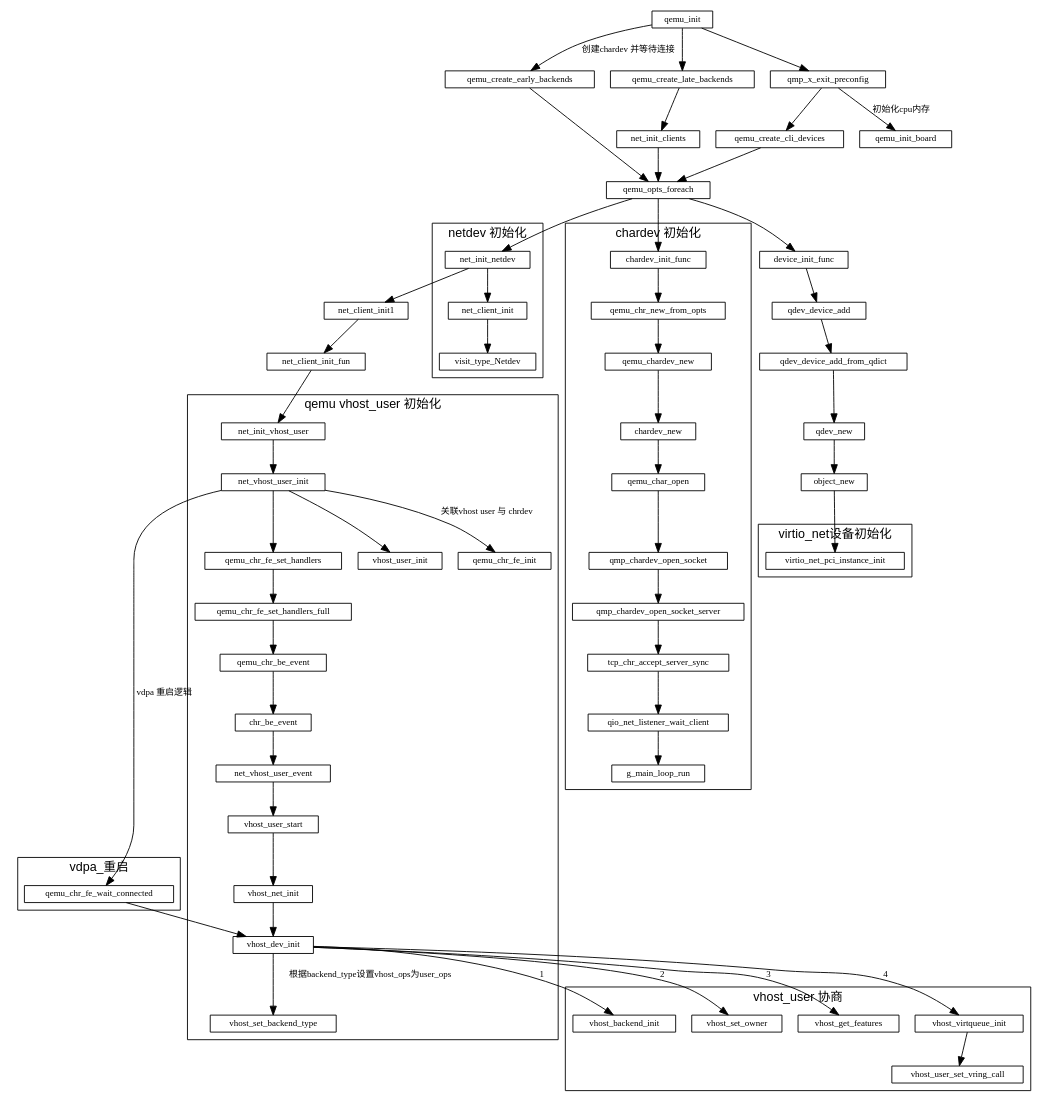
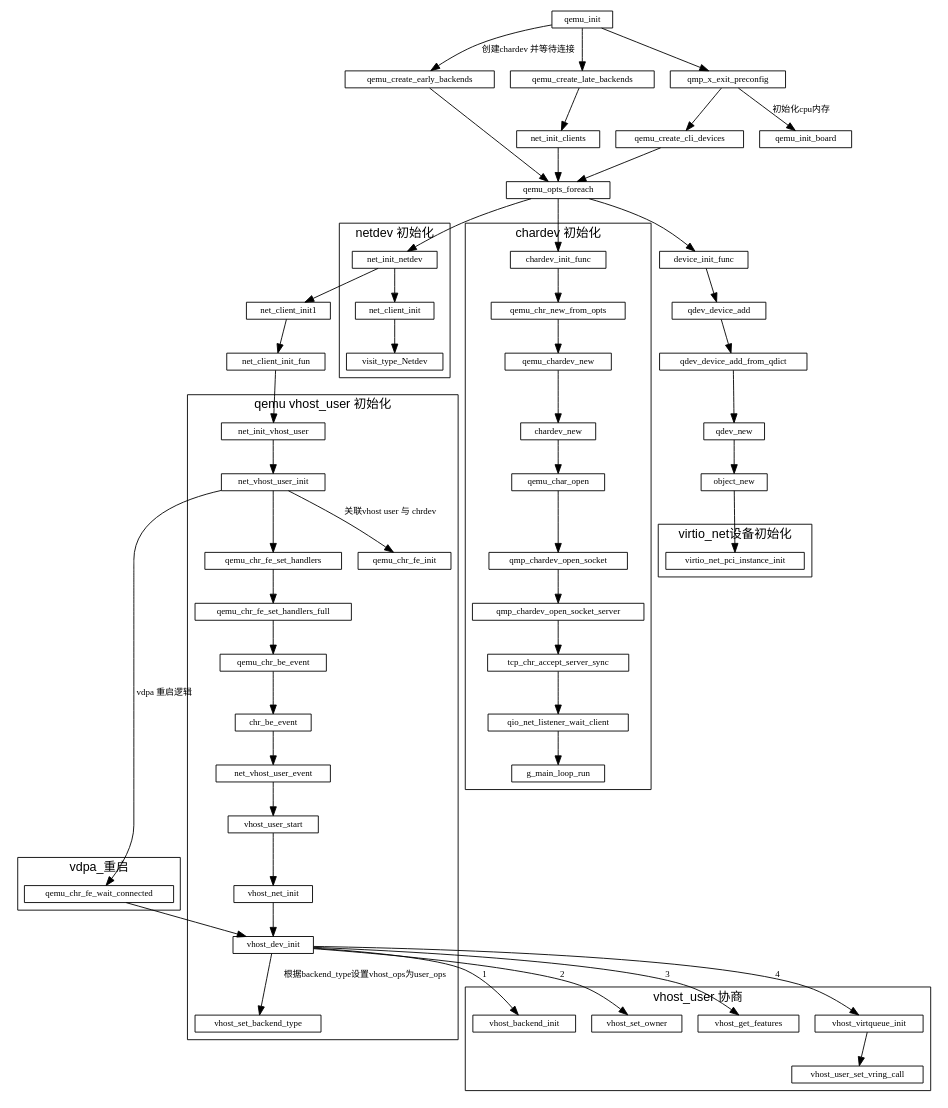
The diagram in qemu/qemu初始化.md (sisyphus1212/note), drawn with Graphviz before and after one commit.

Commit message:
auto_update

```diff
--- a/qemu/qemu初始化.md
+++ b/qemu/qemu初始化.md
@@ -60,7 +60,6 @@
                             -> vhost_dev_init[weight=500]
                                vhost_dev_init
                             -> vhost_set_backend_type[label="根据backend_type设置vhost_ops为user_ops"]
-        net_vhost_user_init -> vhost_user_init
         net_vhost_user_init -> qemu_chr_fe_init[label="关联vhost user 与 chrdev"]
     }
 
```
